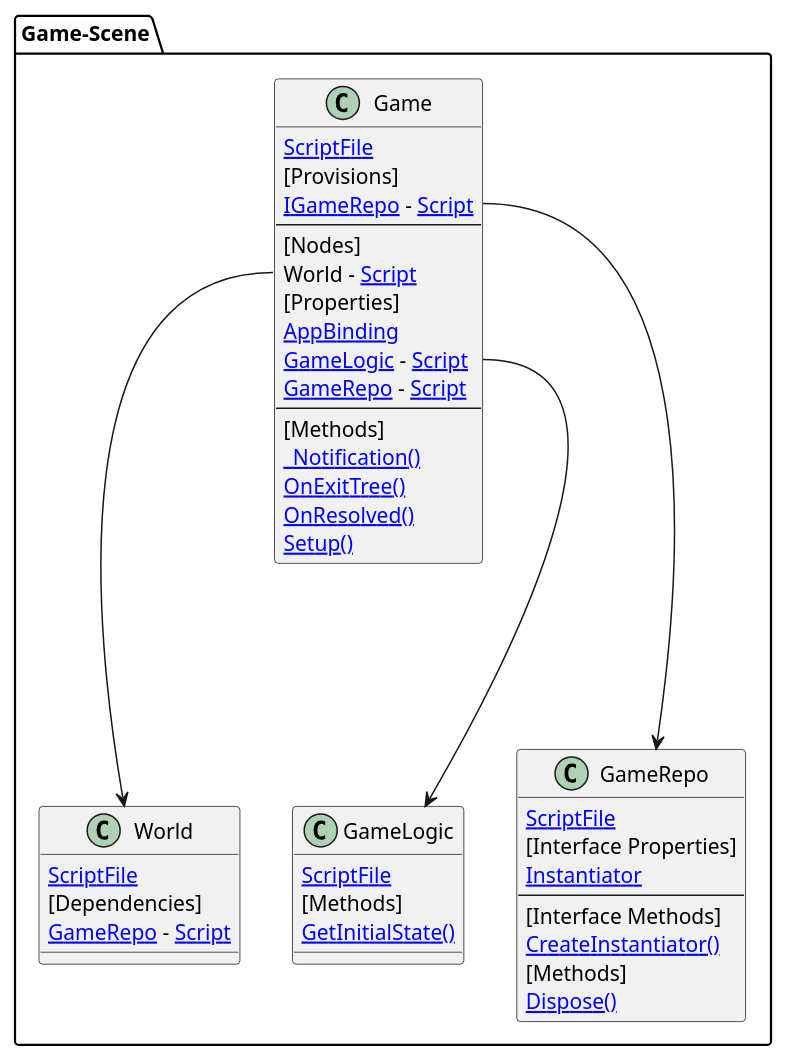
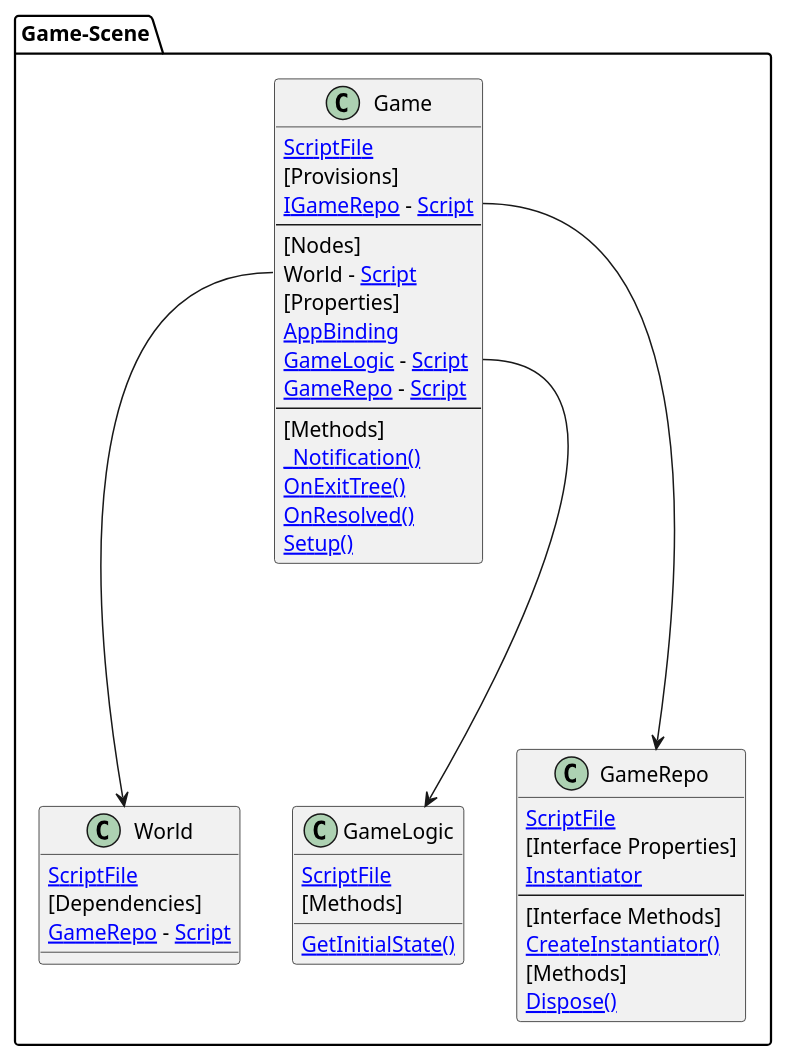
One commit to chickensoft-games/UMLGenerator changed the diagram in src/Chickensoft.UMLGenerator.Tests/Snapshots/HasDependency_Game.verified.puml. Above: the diagram before and after it, drawn with PlantUML. The commit also changed 20 other files, not shown here.

```diff
--- a/src/Chickensoft.UMLGenerator.Tests/Snapshots/HasDependency_Game.verified.puml
+++ b/src/Chickensoft.UMLGenerator.Tests/Snapshots/HasDependency_Game.verified.puml
@@ -1,47 +1,47 @@
 @startuml
 
-package Game-Scene [[../../TestCases/HasDependency/Game.tscn]] {
+package Game-Scene [[/Game.tscn]] {
     class Game  {
-        [[../../Game/Game.cs ScriptFile]]
+        [[/Game.cs ScriptFile]]
         [Provisions]
-        [[../../Game/Game.cs:15 IGameRepo]] - [[../../TestCases/HasDependency/Domain/GameRepo.cs Script]]
+        [[/Game.cs:15 IGameRepo]] - [[/Domain/GameRepo.cs Script]]
         --
         [Nodes]
-        World - [[../../World/World.cs Script]]
+        World - [[/World.cs Script]]
         [Properties]
-        [[../../Game/Game.cs:23 AppBinding]]
-        [[../../Game/Game.cs:22 GameLogic]] - [[../../TestCases/HasDependency/Logic/GameLogic.cs Script]]
-        [[../../Game/Game.cs:21 GameRepo]] - [[../../TestCases/HasDependency/Domain/GameRepo.cs Script]]
+        [[/Game.cs:23 AppBinding]]
+        [[/Game.cs:22 GameLogic]] - [[/Logic/GameLogic.cs Script]]
+        [[/Game.cs:21 GameRepo]] - [[/Domain/GameRepo.cs Script]]
         --
         [Methods]
-        [[../../Game/Game.cs:29 _Notification()]]
-        [[../../Game/Game.cs:47 OnExitTree()]]
-        [[../../Game/Game.cs:40 OnResolved()]]
-        [[../../Game/Game.cs:31 Setup()]]
+        [[/Game.cs:29 _Notification()]]
+        [[/Game.cs:47 OnExitTree()]]
+        [[/Game.cs:40 OnResolved()]]
+        [[/Game.cs:31 Setup()]]
     }
     class World  {
-        [[../../World/World.cs ScriptFile]]
+        [[/World.cs ScriptFile]]
         [Dependencies]
-        [[../../World/World.cs:19 GameRepo]] - [[../../TestCases/HasDependency/Domain/GameRepo.cs Script]]
+        [[/World.cs:19 GameRepo]] - [[/Domain/GameRepo.cs Script]]
     }
     class GameLogic  {
-        [[../../TestCases/HasDependency/Logic/GameLogic.cs ScriptFile]]
+        [[/Logic/GameLogic.cs ScriptFile]]
         [Methods]
-        [[../../TestCases/HasDependency/Logic/GameLogic.cs:12 GetInitialState()]]
+        [[/Logic/GameLogic.cs:12 GetInitialState()]]
     }
     class GameRepo  {
-        [[../../TestCases/HasDependency/Domain/GameRepo.cs ScriptFile]]
+        [[/Domain/GameRepo.cs ScriptFile]]
         [Interface Properties]
-        [[../../TestCases/HasDependency/Domain/GameRepo.cs:15 Instantiator]]
+        [[/Domain/GameRepo.cs:15 Instantiator]]
         --
         [Interface Methods]
-        [[../../TestCases/HasDependency/Domain/GameRepo.cs:17 CreateInstantiator()]]
+        [[/Domain/GameRepo.cs:17 CreateInstantiator()]]
         [Methods]
-        [[../../TestCases/HasDependency/Domain/GameRepo.cs:24 Dispose()]]
+        [[/Domain/GameRepo.cs:24 Dispose()]]
     }
     Game::World ---> World
     Game::GameLogic ---> GameLogic
     Game::GameRepo ---> GameRepo
 }
 
 @enduml
```
